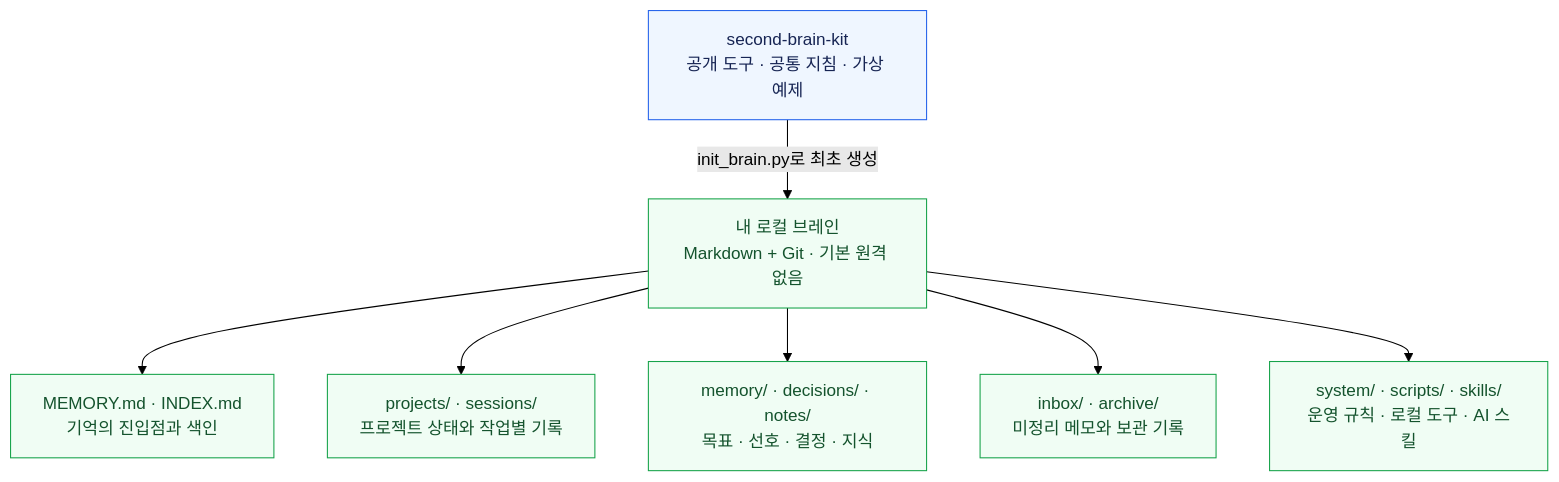
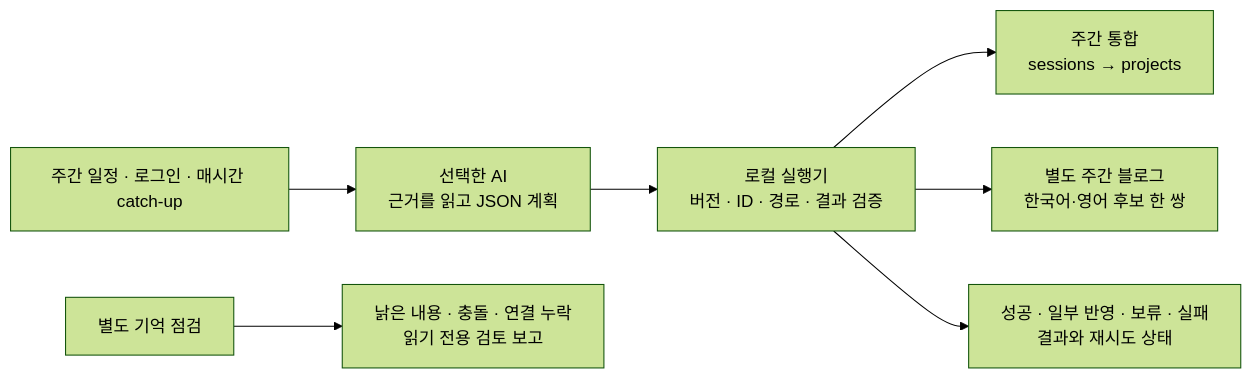
One commit to westtrain/second-brain-kit changed the third of 3 diagrams in README.md. Above: the diagram before and after it, drawn with Mermaid (forest theme). The commit also changed other lines of this file and 32 other files, not shown here.

````diff
--- a/README.md
+++ b/README.md
@@ -35,15 +115,9 @@
 ```mermaid
-flowchart TB
-    kit["second-brain-kit<br/>공개 도구 · 공통 지침 · 가상 예제"]
-    kit -->|init_brain.py로 최초 생성| brain["내 로컬 브레인<br/>Markdown + Git · 기본 원격 없음"]
-    brain --> entry["MEMORY.md · INDEX.md<br/>기억의 진입점과 색인"]
-    brain --> work["projects/ · sessions/<br/>프로젝트 상태와 작업별 기록"]
-    brain --> knowledge["memory/ · decisions/ · notes/<br/>목표 · 선호 · 결정 · 지식"]
-    brain --> inbox["inbox/ · archive/<br/>미정리 메모와 보관 기록"]
-    brain --> tools["system/ · scripts/ · skills/<br/>운영 규칙 · 로컬 도구 · AI 스킬"]
-
-    classDef toolkit fill:#eff6ff,stroke:#2563eb,color:#172554
-    classDef local fill:#f0fdf4,stroke:#16a34a,color:#14532d
-    class kit toolkit
-    class brain,entry,work,knowledge,inbox,tools local
+flowchart LR
+    schedule["주간 일정 · 로그인 · 매시간 catch-up"] --> planner["선택한 AI<br/>근거를 읽고 JSON 계획"]
+    planner --> host["로컬 실행기<br/>버전 · ID · 경로 · 결과 검증"]
+    host --> integrate["주간 통합<br/>sessions → projects"]
+    host --> blog["별도 주간 블로그<br/>한국어·영어 후보 한 쌍"]
+    host --> state["성공 · 일부 반영 · 보류 · 실패<br/>결과와 재시도 상태"]
+    audit["별도 기억 점검"] --> report["낡은 내용 · 충돌 · 연결 누락<br/>읽기 전용 검토 보고"]
 ```
````
